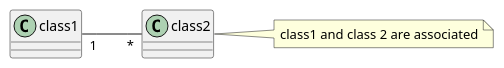
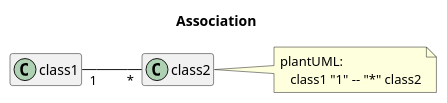
The ninth of 21 diagrams in uml_markdown_summary.md (chraxo/UmlMarkdownCheatSheet), drawn with PlantUML before and after one commit. The commit also changed other lines of this file, not shown here.

Commit message:
class diagram: more compact design

```diff
--- a/uml_markdown_summary.md
+++ b/uml_markdown_summary.md
@@ -241,7 +238,14 @@
 @startuml
-left to right direction
-class1 "1" -- "*" class2
-note right 
-    class1 and class 2 are associated
-end note
+    left to right direction
+    skinparam noteFontName Consolas
+    hide empty members
+
+    title Association
+
+    class1 "1" -- "*" class2
+
+    note right 
+        plantUML:
+           class1 "1" -- "*" class2
+    end note
 @enduml
```
